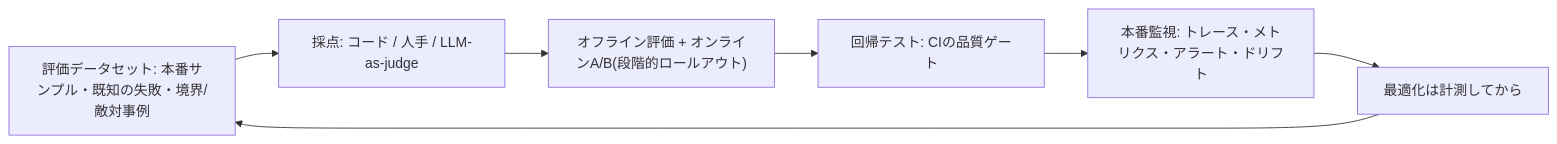
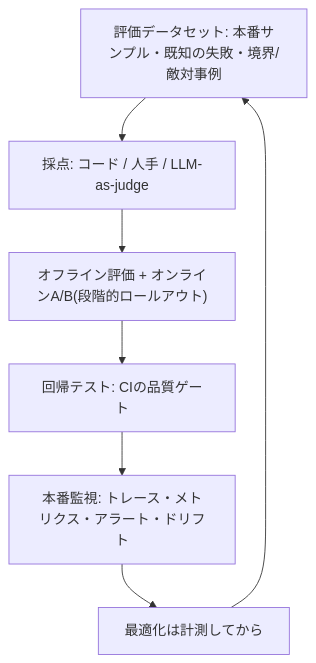
The fourth of 8 diagrams in claude/architect-professional/overview.md (shingo0321/study), drawn with Mermaid before and after one commit. The commit also changed 5 other files, not shown here.

First line of the commit message:
Mermaid俯瞰図が小さく読みにくい問題を修正

````diff
--- a/claude/architect-professional/overview.md
+++ b/claude/architect-professional/overview.md
@@ -112,9 +112,9 @@
 ```mermaid
-flowchart LR
+flowchart TD
   E["評価データセット: 本番サンプル・既知の失敗・境界/敵対事例"] --> G["採点: コード / 人手 / LLM-as-judge"]
   G --> AB["オフライン評価 + オンラインA/B(段階的ロールアウト)"]
   AB --> RG["回帰テスト: CIの品質ゲート"]
   RG --> OB["本番監視: トレース・メトリクス・アラート・ドリフト"]
   OB --> OP["最適化は計測してから"]
   OP --> E
 ```
````
